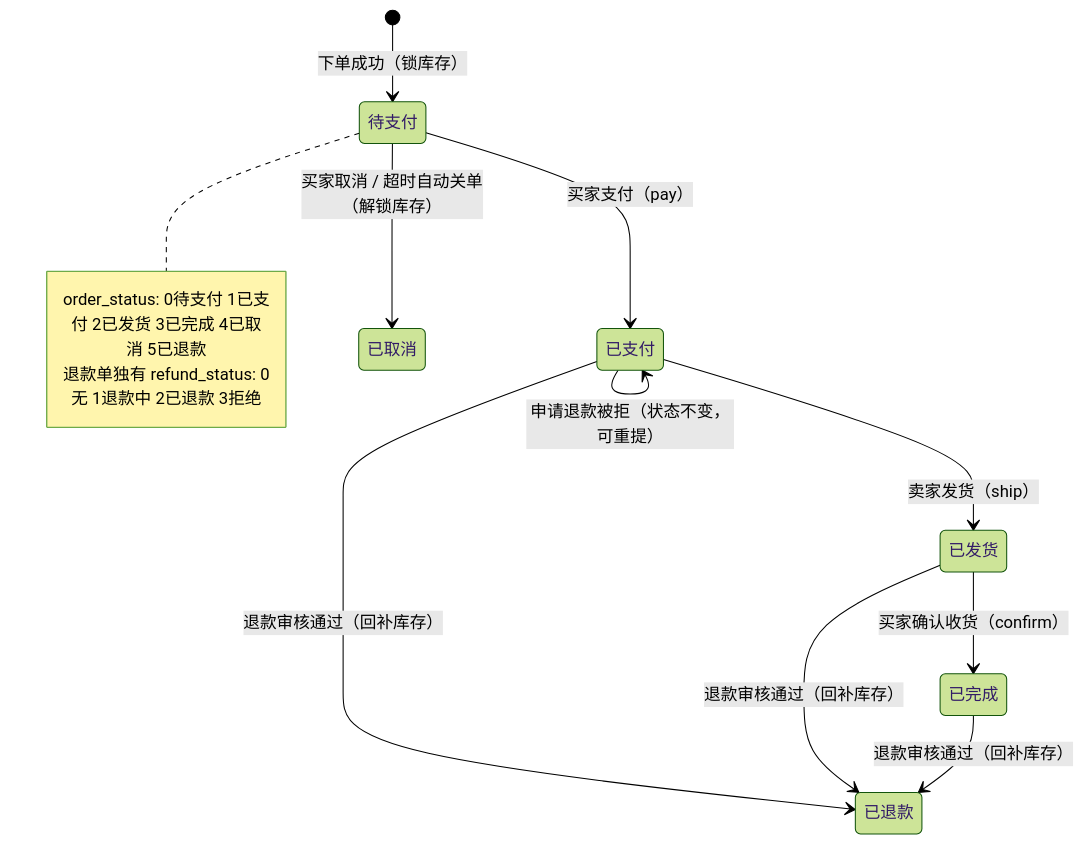
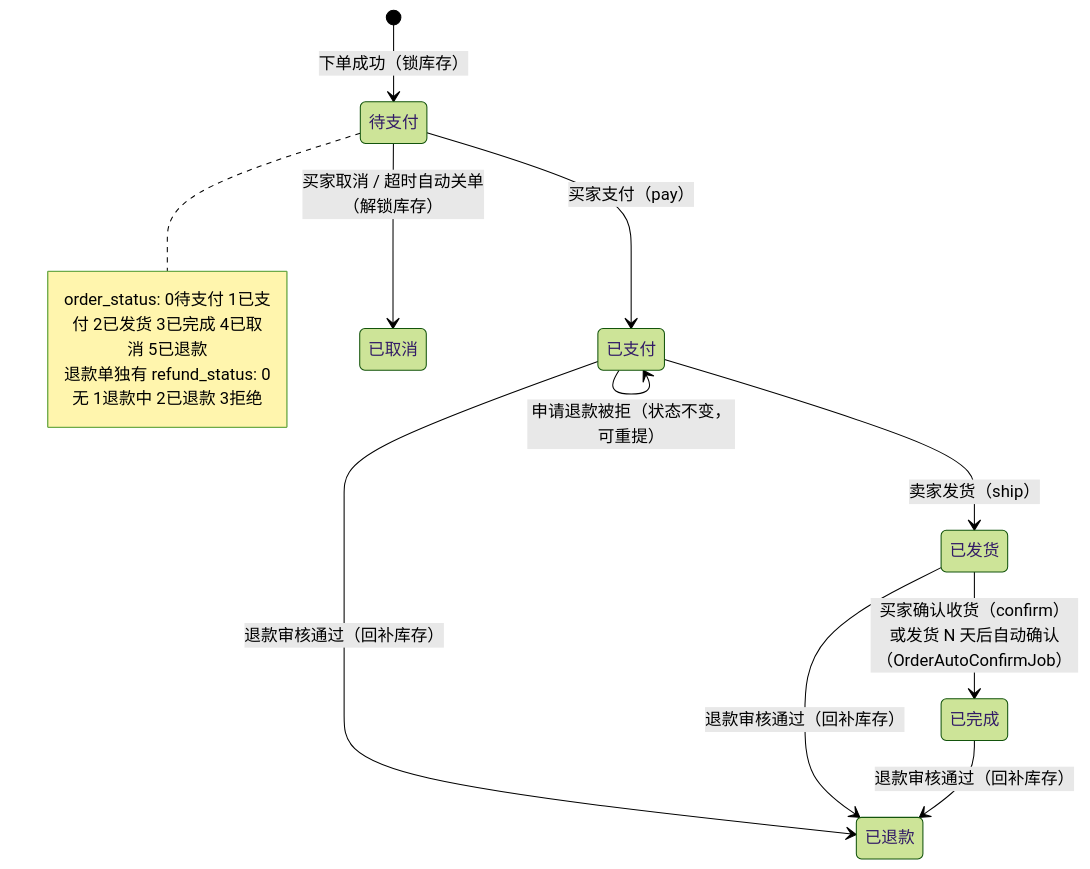
Before and after one commit to WaterSilverHg/ling-mart: diagram 11 of 19 in docs/architecture-diagrams.md, drawn with Mermaid (forest theme). The commit also changed other lines of this file and 139 other files, not shown here.

````diff
--- a/docs/architecture-diagrams.md
+++ b/docs/architecture-diagrams.md
@@ -407,17 +410,17 @@
 ```mermaid
 stateDiagram-v2
     [*] --> 待支付: 下单成功（锁库存）
     待支付 --> 已支付: 买家支付（pay）
     待支付 --> 已取消: 买家取消 / 超时自动关单<br/>（解锁库存）
     已支付 --> 已发货: 卖家发货（ship）
-    已发货 --> 已完成: 买家确认收货（confirm）
+    已发货 --> 已完成: 买家确认收货（confirm）<br/>或发货 N 天后自动确认（OrderAutoConfirmJob）
     已支付 --> 已退款: 退款审核通过（回补库存）
     已发货 --> 已退款: 退款审核通过（回补库存）
     已完成 --> 已退款: 退款审核通过（回补库存）
     已支付 --> 已支付: 申请退款被拒（状态不变，可重提）
 
     note right of 待支付
         order_status: 0待支付 1已支付 2已发货 3已完成 4已取消 5已退款
         退款单独有 refund_status: 0无 1退款中 2已退款 3拒绝
     end note
 ```
````
